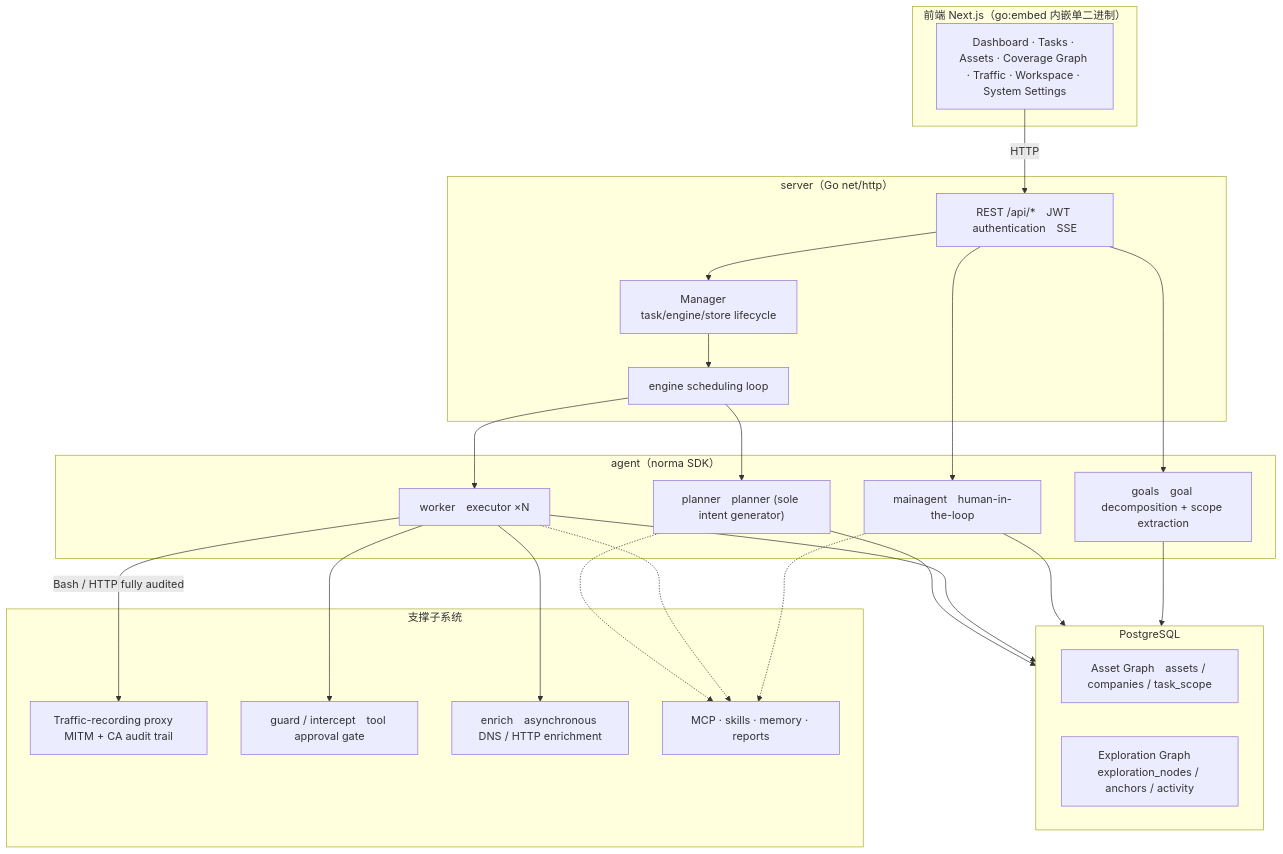
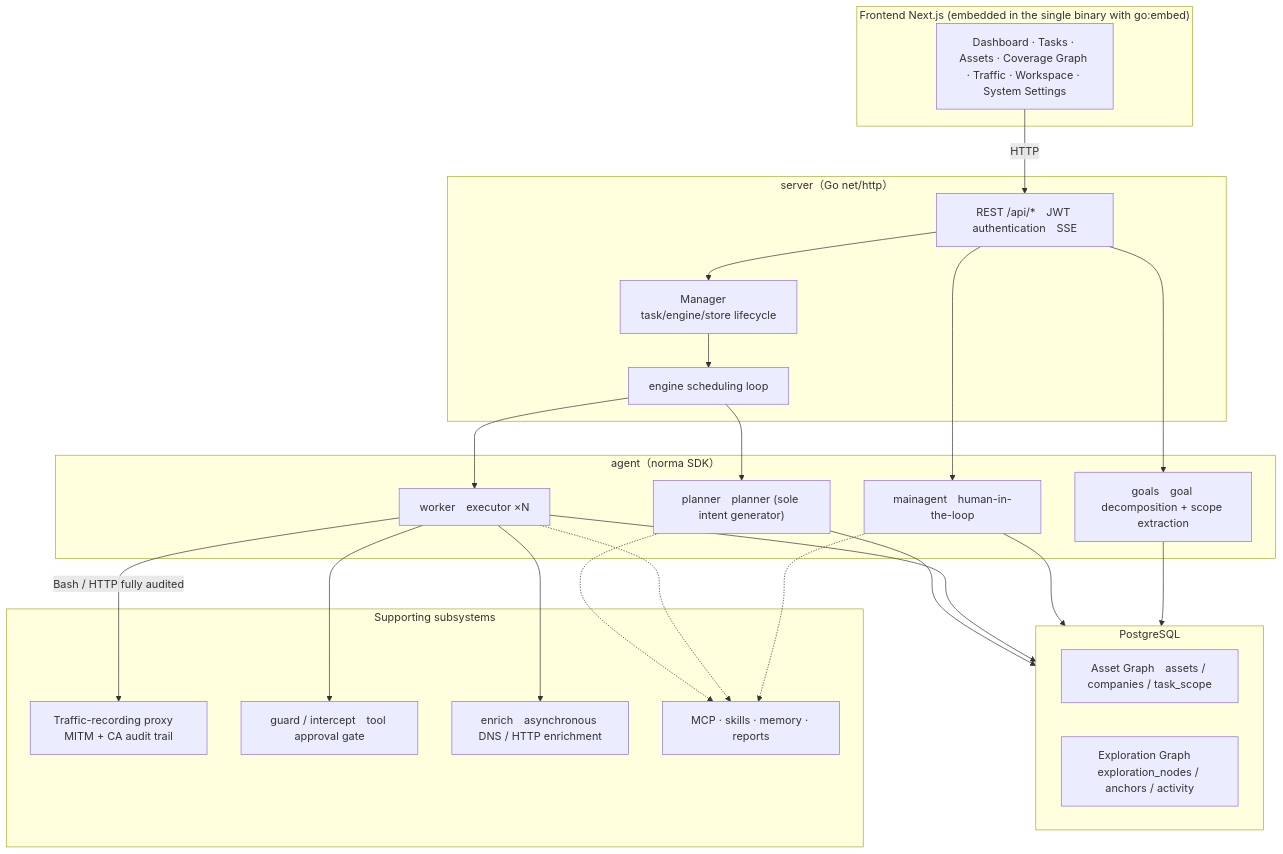
One commit to acheong08/artex changed the first of 5 diagrams in README.md. Above: the diagram before and after it, drawn with Mermaid. The commit also changed other lines of this file and 107 other files, not shown here.

````diff
--- a/README.md
+++ b/README.md
@@ -289,44 +289,44 @@
 ```mermaid
 flowchart TB
-  subgraph FE["前端 Next.js（go:embed 内嵌单二进制）"]
+  subgraph FE["Frontend Next.js (embedded in the single binary with go:embed)"]
     UI["Dashboard · Tasks · Assets · Coverage Graph · Traffic · Workspace · System Settings"]
   end
   subgraph SRV["server（Go net/http）"]
     API["REST /api/*　JWT authentication　SSE"]
     ENG["engine scheduling loop"]
     MGR["Manager　task/engine/store lifecycle"]
   end
   subgraph AG["agent（norma SDK）"]
     GO["goals　goal decomposition + scope extraction"]
     PL["planner　planner (sole intent generator)"]
     WK["worker　executor ×N"]
     MA["mainagent　human-in-the-loop"]
   end
   subgraph DB["PostgreSQL"]
     AGRAPH["Asset Graph　assets / companies / task_scope"]
     EGRAPH["Exploration Graph　exploration_nodes / anchors / activity"]
   end
-  subgraph SUB["支撑子系统"]
+  subgraph SUB["Supporting subsystems"]
     PROXY["Traffic-recording proxy　MITM + CA audit trail"]
     GUARD["guard / intercept　tool approval gate"]
     ENR["enrich　asynchronous DNS / HTTP enrichment"]
     EXT["MCP · skills · memory · reports"]
   end
 
   UI -->|HTTP| API
   API --> MGR --> ENG
   ENG --> PL
   ENG --> WK
   API --> MA
   API --> GO
   PL --> DB
   WK --> DB
   MA --> DB
   GO --> DB
   WK -->|"Bash / HTTP fully audited"| PROXY
   WK --> GUARD
   WK --> ENR
   PL -.-> EXT
   WK -.-> EXT
   MA -.-> EXT
 ```
````
